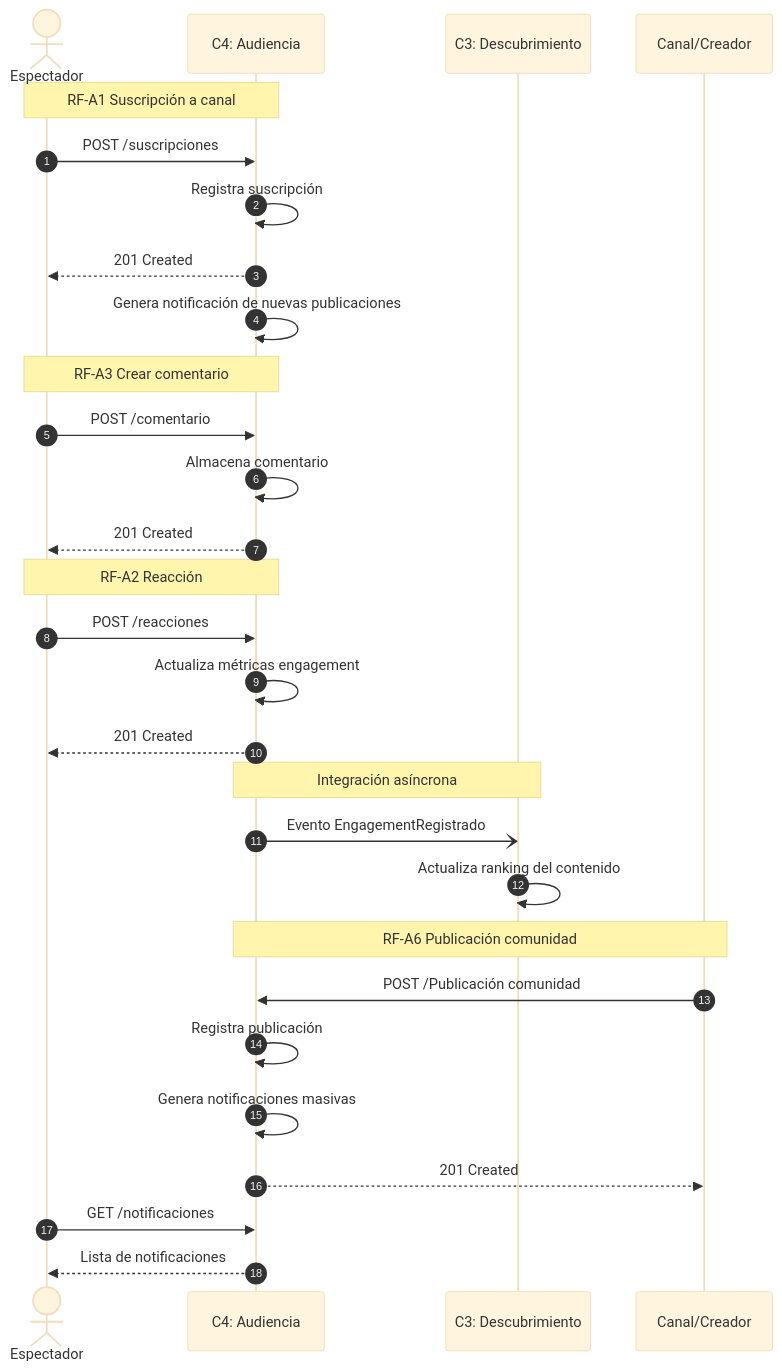
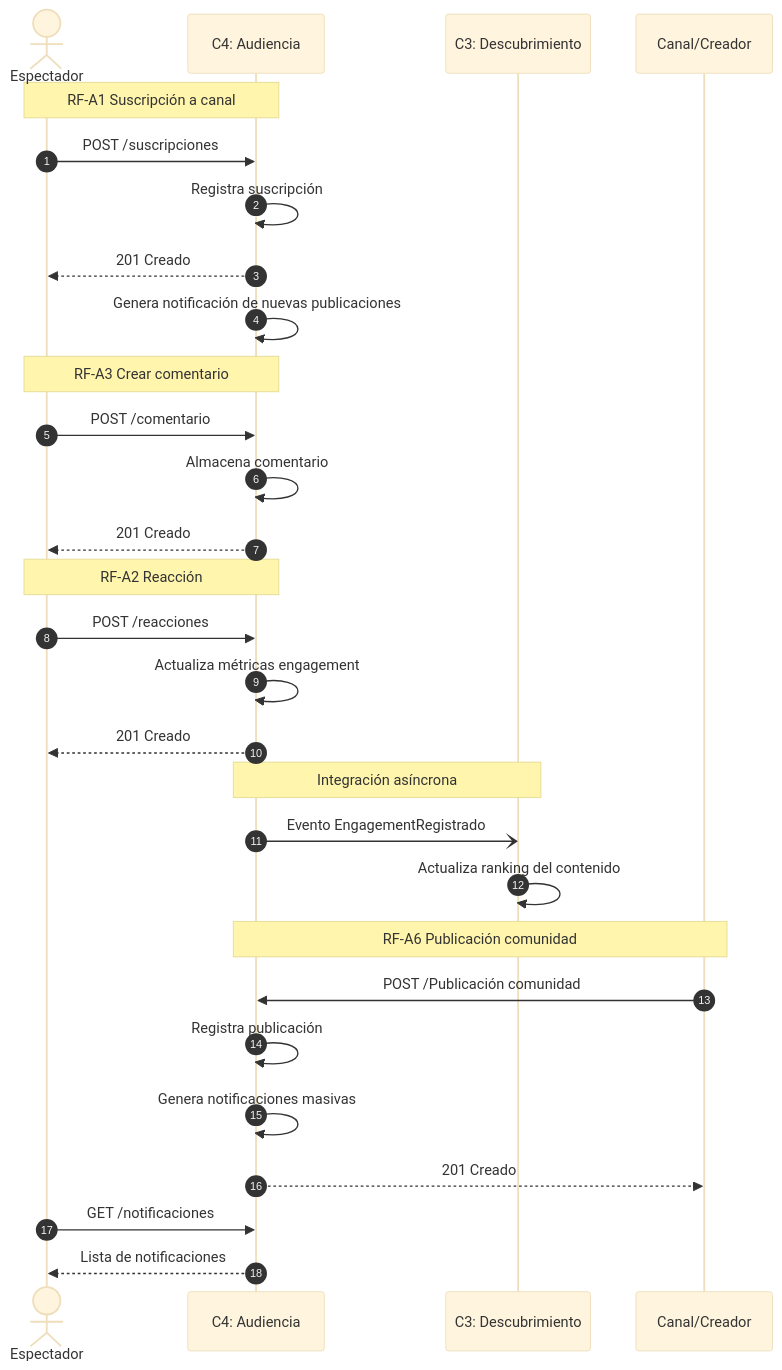
One commit to Wheaor/OpenAPI---Youtube changed the second of 2 diagrams in bounded-contexts-4-audiencia/README.md. Above: the diagram before and after it, drawn with Mermaid (base theme).

````diff
--- a/bounded-contexts-4-audiencia/README.md
+++ b/bounded-contexts-4-audiencia/README.md
@@ -156,54 +156,54 @@
 ```mermaid
 sequenceDiagram
     autonumber
 
     actor User as Espectador
     participant C4 as C4: Audiencia
     participant C3 as C3: Descubrimiento
     participant Creator as Canal/Creador
 
     %% --- SUSCRIPCIÓN ---
     Note over User,C4: RF-A1 Suscripción a canal
 
     User->>C4: POST /suscripciones
     C4->>C4: Registra suscripción
-    C4-->>User: 201 Created
+    C4-->>User: 201 Creado
 
     %% --- NOTIFICACIÓN ---
     C4->>C4: Genera notificación de nuevas publicaciones
 
     %% --- COMENTARIO ---
     Note over User,C4: RF-A3 Crear comentario
 
     User->>C4: POST /comentario
     C4->>C4: Almacena comentario
-    C4-->>User: 201 Created
+    C4-->>User: 201 Creado
 
     %% --- LIKE ---
     Note over User,C4: RF-A2 Reacción
 
     User->>C4: POST /reacciones
     C4->>C4: Actualiza métricas engagement
-    C4-->>User: 201 Created
+    C4-->>User: 201 Creado
 
     %% --- EVENTO HACIA DESCUBRIMIENTO ---
     Note over C4,C3: Integración asíncrona
 
     C4-)C3: Evento EngagementRegistrado
     C3->>C3: Actualiza ranking del contenido
 
     %% --- PUBLICACIÓN DE COMUNIDAD ---
     Note over Creator,C4: RF-A6 Publicación comunidad
 
     Creator->>C4: POST /Publicación comunidad
     C4->>C4: Registra publicación
 
     %% --- NOTIFICACIÓN A SUSCRIPTORES ---
     C4->>C4: Genera notificaciones masivas
 
-    C4-->>Creator: 201 Created
+    C4-->>Creator: 201 Creado
 
     %% --- CONSULTA DE NOTIFICACIONES ---
     User->>C4: GET /notificaciones
     C4-->>User: Lista de notificaciones
 ```
````
